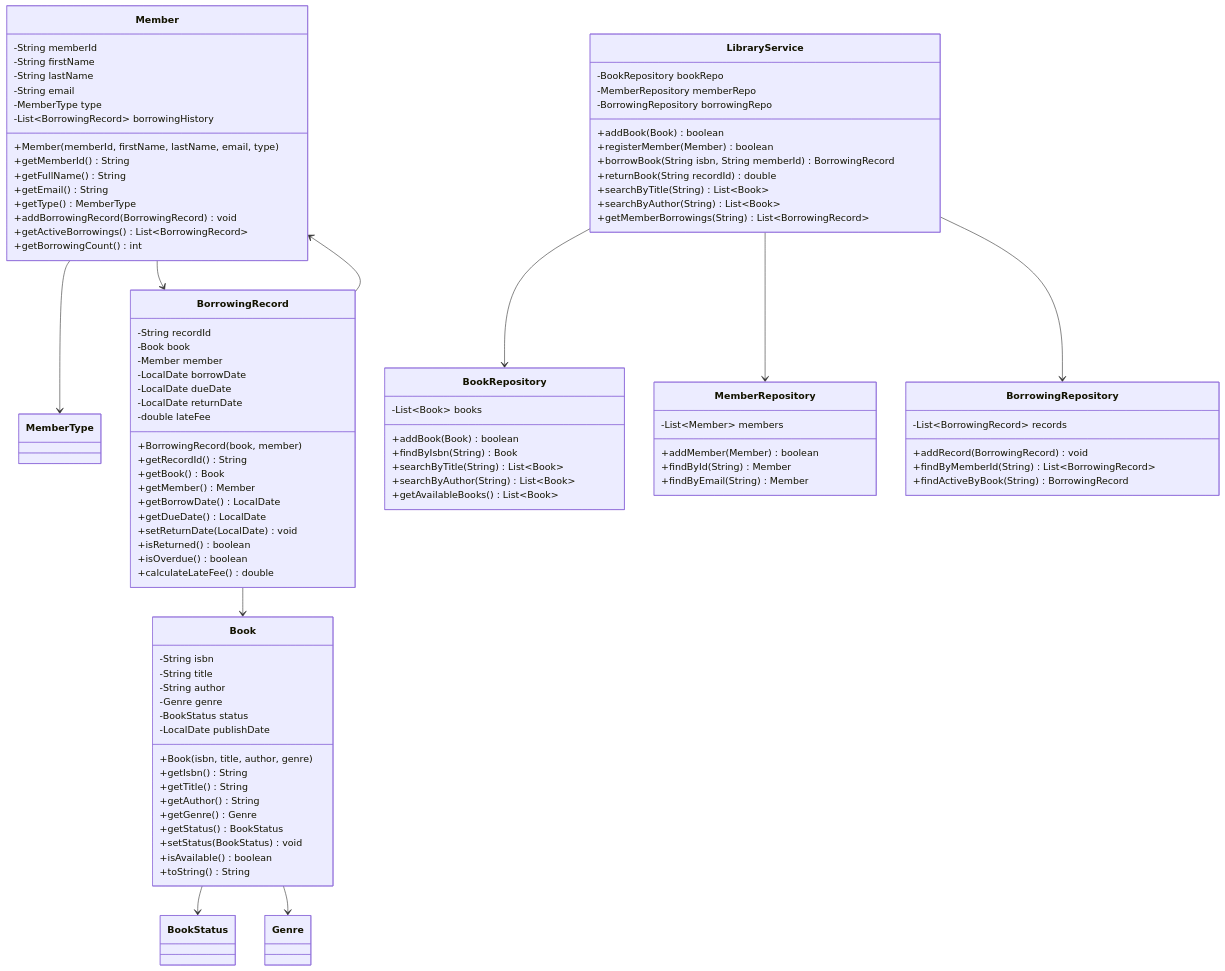
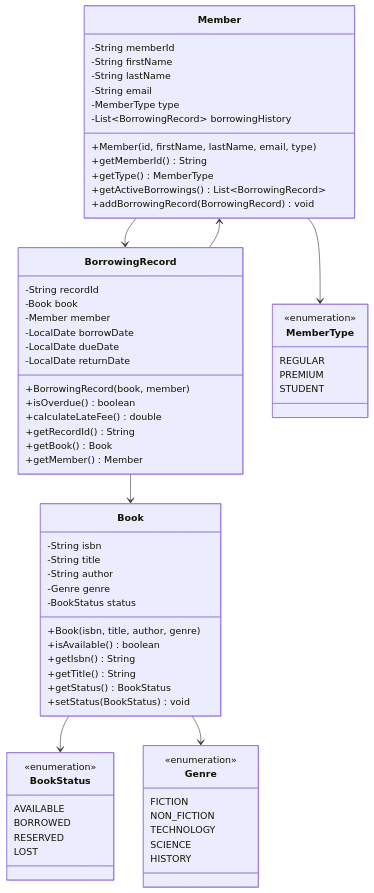
The second of 2 diagrams in 01-programming-languages/Java/02-oop/33-mini-projects/beginner/library-management/README.md (javaengineeringacademy/java-engineering-academy), drawn with Mermaid before and after one commit. The commit also changed other lines of this file and 48 other files, not shown here.

First line of the commit message:
fix: final polish for 10/10 - split long READMEs, fix duplicates, add diagrams

````diff
--- a/01-programming-languages/Java/02-oop/33-mini-projects/beginner/library-management/README.md
+++ b/01-programming-languages/Java/02-oop/33-mini-projects/beginner/library-management/README.md
@@ -127,16 +126,12 @@
         -String author
         -Genre genre
         -BookStatus status
-        -LocalDate publishDate
         +Book(isbn, title, author, genre)
+        +isAvailable() boolean
         +getIsbn() String
         +getTitle() String
-        +getAuthor() String
-        +getGenre() Genre
         +getStatus() BookStatus
         +setStatus(BookStatus) void
-        +isAvailable() boolean
-        +toString() String
     }
     
     class Member {
@@ -146,14 +141,11 @@
         -String email
         -MemberType type
         -List~BorrowingRecord~ borrowingHistory
-        +Member(memberId, firstName, lastName, email, type)
+        +Member(id, firstName, lastName, email, type)
         +getMemberId() String
-        +getFullName() String
-        +getEmail() String
         +getType() MemberType
+        +getActiveBorrowings() List~BorrowingRecord~
         +addBorrowingRecord(BorrowingRecord) void
-        +getActiveBorrowings() List~BorrowingRecord~
-        +getBorrowingCount() int
     }
     
     class BorrowingRecord {
@@ -163,62 +155,42 @@
         -LocalDate borrowDate
         -LocalDate dueDate
         -LocalDate returnDate
-        -double lateFee
         +BorrowingRecord(book, member)
+        +isOverdue() boolean
+        +calculateLateFee() double
         +getRecordId() String
         +getBook() Book
         +getMember() Member
-        +getBorrowDate() LocalDate
-        +getDueDate() LocalDate
-        +setReturnDate(LocalDate) void
-        +isReturned() boolean
-        +isOverdue() boolean
-        +calculateLateFee() double
     }
     
-    class LibraryService {
-        -BookRepository bookRepo
-        -MemberRepository memberRepo
-        -BorrowingRepository borrowingRepo
-        +addBook(Book) boolean
-        +registerMember(Member) boolean
-        +borrowBook(String isbn, String memberId) BorrowingRecord
-        +returnBook(String recordId) double
-        +searchByTitle(String) List~Book~
-        +searchByAuthor(String) List~Book~
-        +getMemberBorrowings(String) List~BorrowingRecord~
+    class BookStatus {
+        <<enumeration>>
+        AVAILABLE
+        BORROWED
+        RESERVED
+        LOST
     }
     
-    class BookRepository {
-        -List~Book~ books
-        +addBook(Book) boolean
-        +findByIsbn(String) Book
-        +searchByTitle(String) List~Book~
-        +searchByAuthor(String) List~Book~
-        +getAvailableBooks() List~Book~
+    class MemberType {
+        <<enumeration>>
+        REGULAR
+        PREMIUM
+        STUDENT
     }
     
-    class MemberRepository {
-        -List~Member~ members
-        +addMember(Member) boolean
-        +findById(String) Member
-        +findByEmail(String) Member
-    }
-    
-    class BorrowingRepository {
-        -List~BorrowingRecord~ records
-        +addRecord(BorrowingRecord) void
-        +findByMemberId(String) List~BorrowingRecord~
-        +findActiveByBook(String) BorrowingRecord
+    class Genre {
+        <<enumeration>>
+        FICTION
+        NON_FICTION
+        TECHNOLOGY
+        SCIENCE
+        HISTORY
     }
     
     Book --> BookStatus
     Book --> Genre
     Member --> MemberType
+    Member --> BorrowingRecord
     BorrowingRecord --> Book
     BorrowingRecord --> Member
-    LibraryService --> BookRepository
-    LibraryService --> MemberRepository
-    LibraryService --> BorrowingRepository
-    Member --> BorrowingRecord
 ```
````
